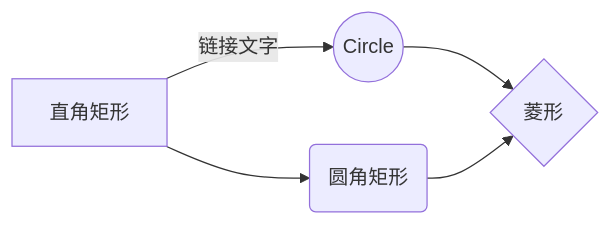
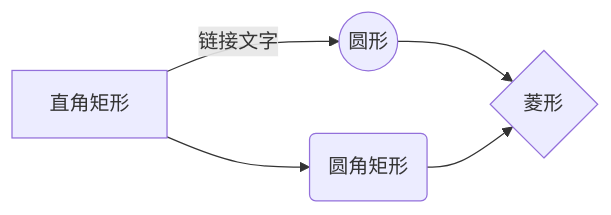
One commit to RisunJiang/notebook changed the second of 2 diagrams in 帮助.md. Above: the diagram before and after it, drawn with Mermaid. The commit also changed other lines of this file, not shown here.

````diff
--- a/帮助.md
+++ b/帮助.md
@@ -140,7 +140,7 @@
 ```mermaid
 graph LR
-A[直角矩形] -- 链接文字 --> B((Circle))
+A[直角矩形] -- 链接文字 --> B((圆形))
 A --> C(圆角矩形)
 B --> D{菱形}
 C --> D
 ```
````
